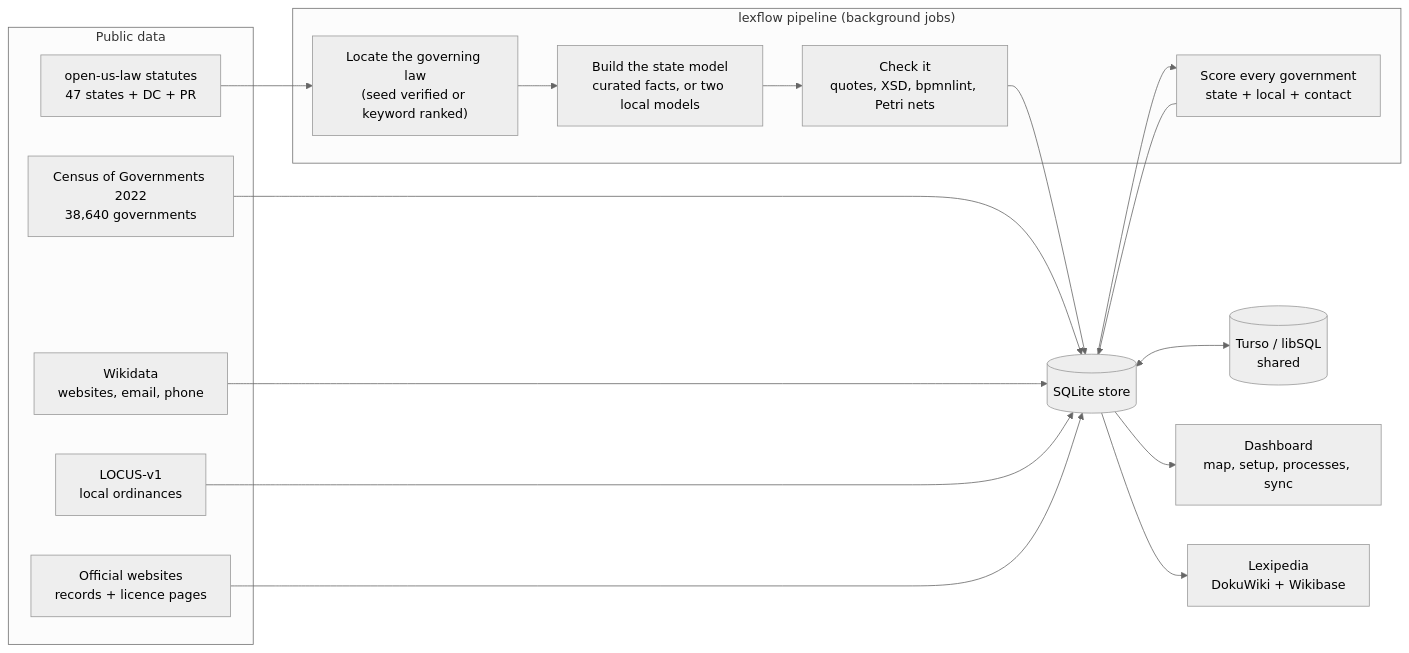
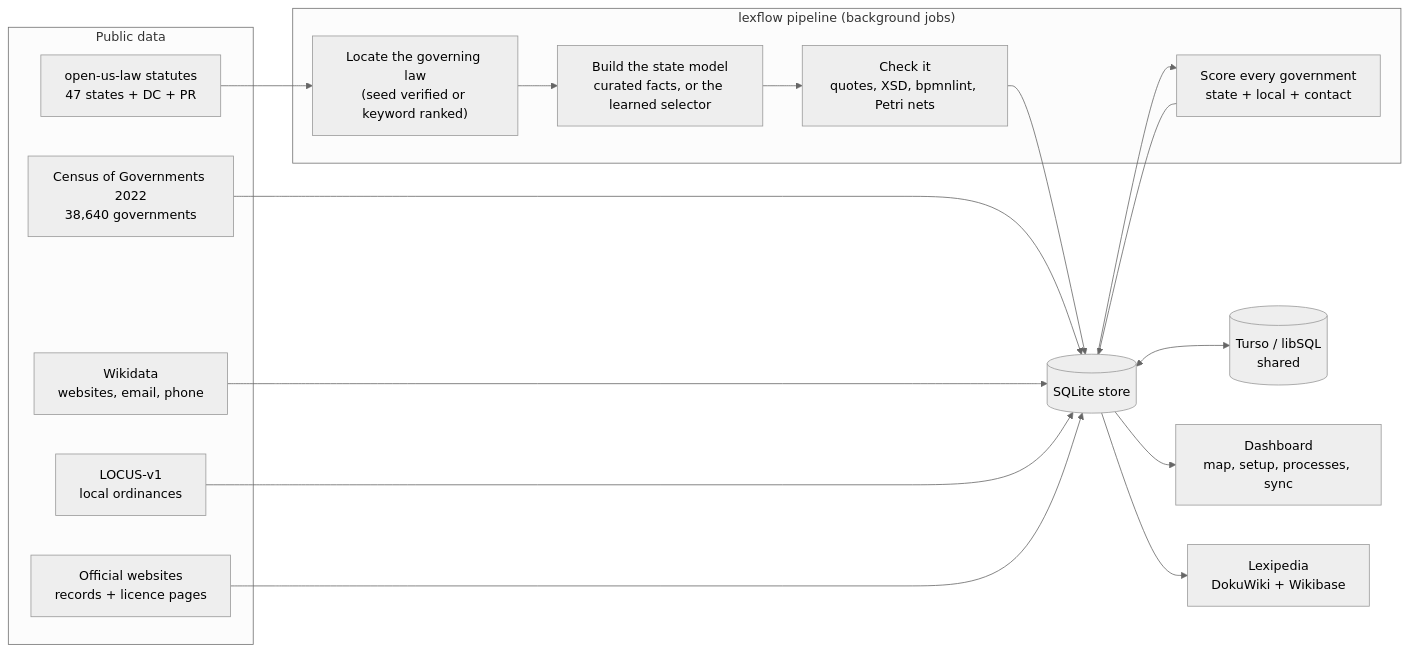
One commit to alibama/lexflow changed the diagram in README.md. Above: the diagram before and after it, drawn with Mermaid (neutral theme). The commit also changed other lines of this file and 98 other files, not shown here.

First line of the commit message:
Learned selector for local extraction, 16 more Claude references, Wikibase and case law

````diff
--- a/README.md
+++ b/README.md
@@ -96,29 +155,29 @@
 ```mermaid
 flowchart LR
   subgraph public["Public data"]
     census["Census of Governments 2022<br/>38,640 governments"]
     oul["open-us-law statutes<br/>47 states + DC + PR"]
     wd["Wikidata<br/>websites, email, phone"]
     locus["LOCUS-v1<br/>local ordinances"]
     sites["Official websites<br/>records + licence pages"]
   end
   subgraph pipeline["lexflow pipeline (background jobs)"]
     locate["Locate the governing law<br/>(seed verified or keyword ranked)"]
-    build["Build the state model<br/>curated facts, or two local models"]
+    build["Build the state model<br/>curated facts, or the learned selector"]
     check["Check it<br/>quotes, XSD, bpmnlint, Petri nets"]
     score["Score every government<br/>state + local + contact"]
   end
   store[("SQLite store")]
   turso[("Turso / libSQL<br/>shared")]
   dash["Dashboard<br/>map, setup, processes, sync"]
   wiki["Lexipedia<br/>DokuWiki + Wikibase"]
   oul --> locate --> build --> check --> store
   census --> store
   wd --> store
   locus --> store
   sites --> store
   store --> score --> store
   store <--> turso
   store --> dash
   store --> wiki
 ```
````
